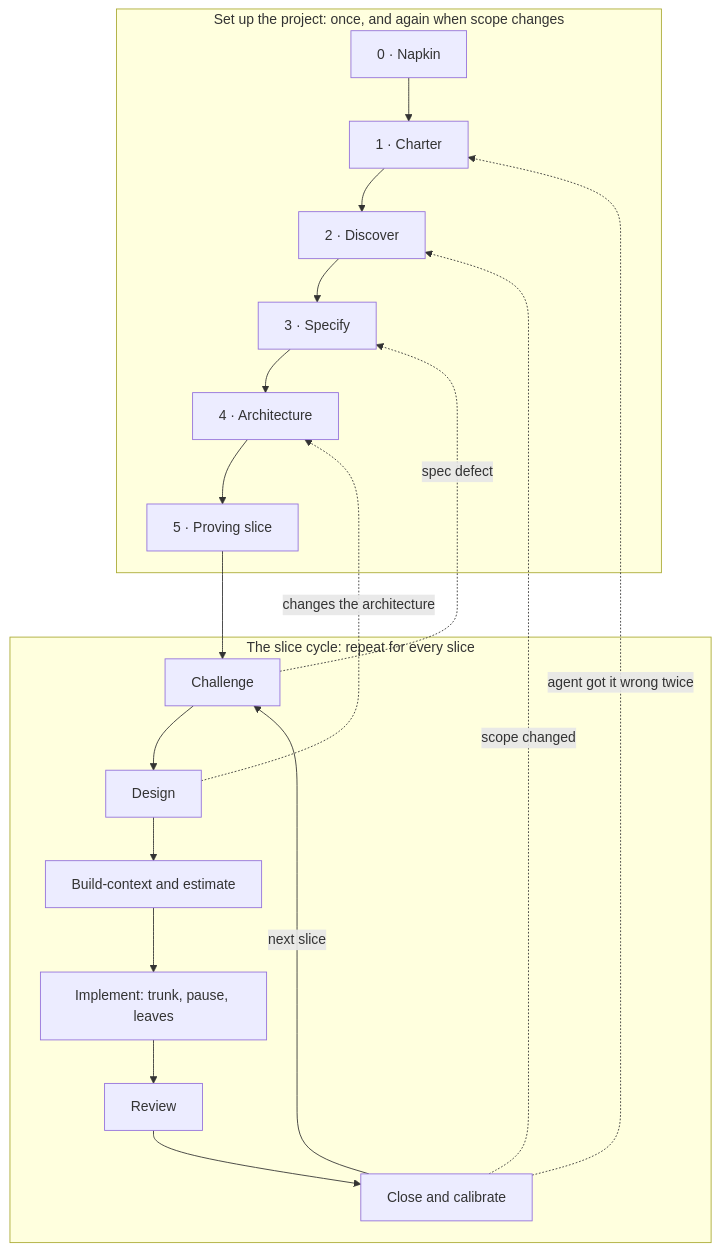
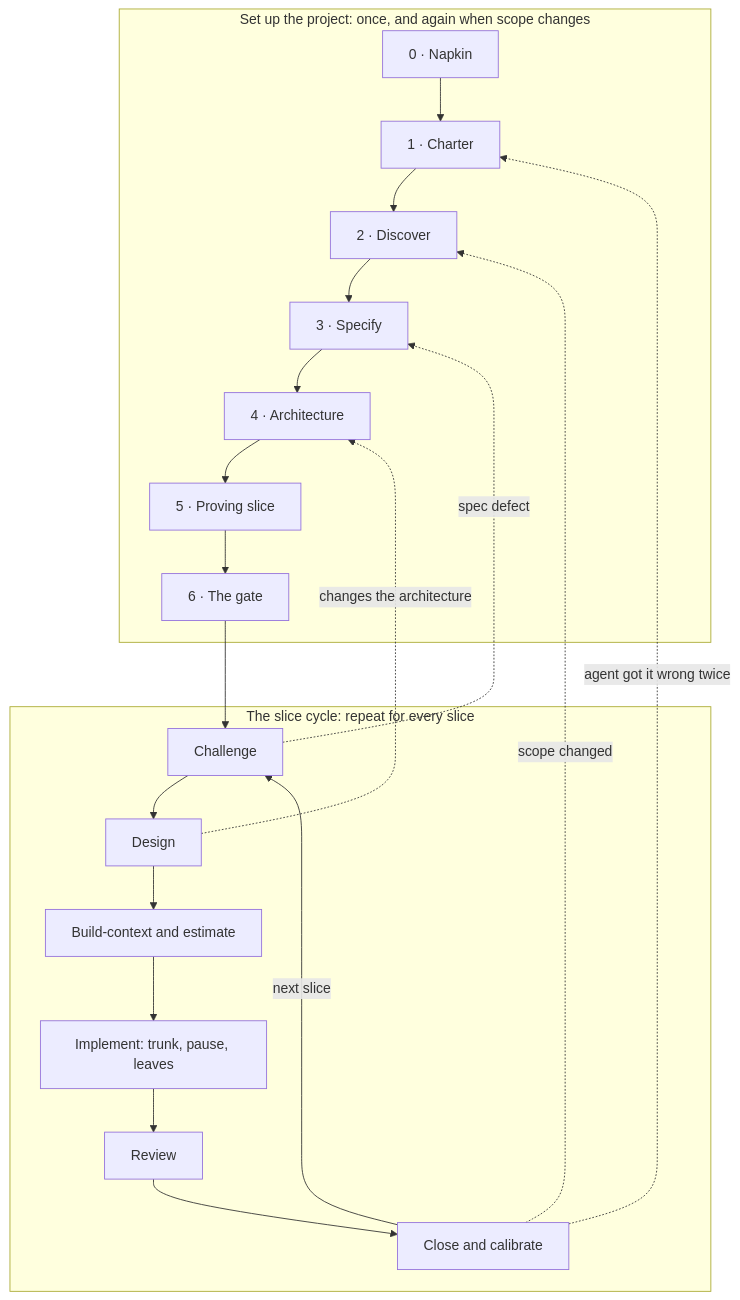
The diagram in README.md (MattStaff0/se-lifecycle-skills), drawn with Mermaid before and after one commit. The commit also changed other lines of this file and 15 other files, not shown here.

````diff
--- a/README.md
+++ b/README.md
@@ -9,15 +9,15 @@
 ```mermaid
 flowchart TD
     subgraph SETUP["Set up the project: once, and again when scope changes"]
-        N["0 · Napkin"] --> C["1 · Charter"] --> D["2 · Discover"] --> K["3 · Specify"] --> A["4 · Architecture"] --> P["5 · Proving slice"]
+        N["0 · Napkin"] --> C["1 · Charter"] --> D["2 · Discover"] --> K["3 · Specify"] --> A["4 · Architecture"] --> P["5 · Proving slice"] --> G["6 · The gate"]
     end
     subgraph LOOP["The slice cycle: repeat for every slice"]
         CH["Challenge"] --> DS["Design"] --> ES["Build-context and estimate"] --> IM["Implement: trunk, pause, leaves"] --> RV["Review"] --> CL["Close and calibrate"]
         CL -->|next slice| CH
     end
-    P --> CH
+    G --> CH
     CH -.->|spec defect| K
     DS -.->|changes the architecture| A
     CL -.->|agent got it wrong twice| C
     CL -.->|scope changed| D
 ```
````
